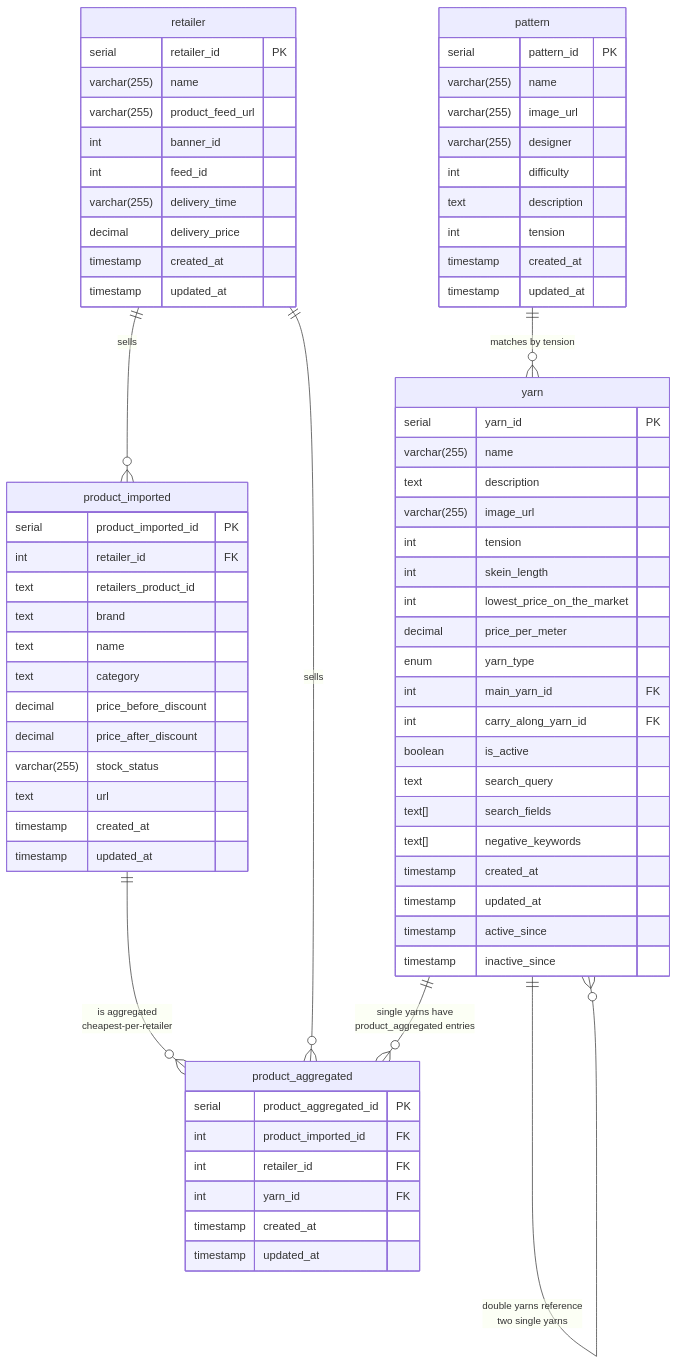
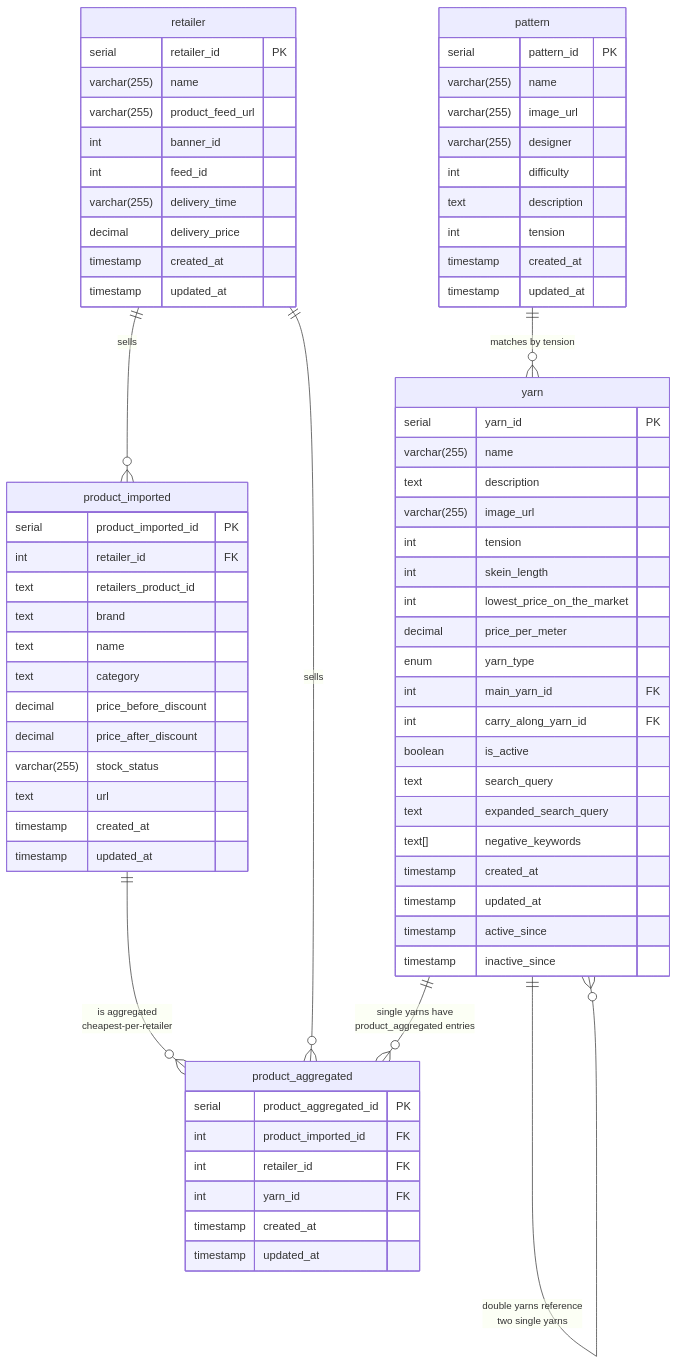
Before and after one commit to rasmusbulriksen/garnalternativer.dk: the diagram in backend/diagrams/er-diagram.md, drawn with Mermaid. The commit also changed 8 other files, not shown here.

First line of the commit message:
What: Add expanded search query and double yarn activation tests

````diff
--- a/backend/diagrams/er-diagram.md
+++ b/backend/diagrams/er-diagram.md
@@ -3,79 +3,79 @@
 ```mermaid
 erDiagram
     retailer {
         serial retailer_id PK
         varchar(255) name
         varchar(255) product_feed_url
         int banner_id
         int feed_id
         varchar(255) delivery_time
         decimal delivery_price
         timestamp created_at
         timestamp updated_at
     }
 
     product_imported {
         serial product_imported_id PK
         int retailer_id FK
         text retailers_product_id
         text brand
         text name
         text category
         decimal price_before_discount
         decimal price_after_discount
         varchar(255) stock_status
         text url
         timestamp created_at
         timestamp updated_at
     }
 
     product_aggregated {
         serial product_aggregated_id PK
         int product_imported_id FK
         int retailer_id FK
         int yarn_id FK
         timestamp created_at
         timestamp updated_at
     }
 
     yarn {
         serial yarn_id PK
         varchar(255) name
         text description
         varchar(255) image_url
         int tension
         int skein_length
         int lowest_price_on_the_market
         decimal price_per_meter
         enum yarn_type
         int main_yarn_id FK
         int carry_along_yarn_id FK
         boolean is_active
         text search_query
-        text[] search_fields
+        text expanded_search_query
         text[] negative_keywords
         timestamp created_at
         timestamp updated_at
         timestamp active_since
         timestamp inactive_since
     }
 
     pattern {
         serial pattern_id PK
         varchar(255) name
         varchar(255) image_url
         varchar(255) designer
         int difficulty
         text description
         int tension
         timestamp created_at
         timestamp updated_at
     }
 
     product_imported ||--o{ product_aggregated : "is aggregated <br>cheapest-per-retailer"
     retailer ||--o{ product_imported : "sells"
     retailer ||--o{ product_aggregated : "sells"
     yarn ||--o{ product_aggregated : "single yarns have <br>product_aggregated entries"
     yarn ||--o{ yarn : "double yarns reference <br>two single yarns"
     pattern ||--o{ yarn : "matches by tension"
 ```
````
